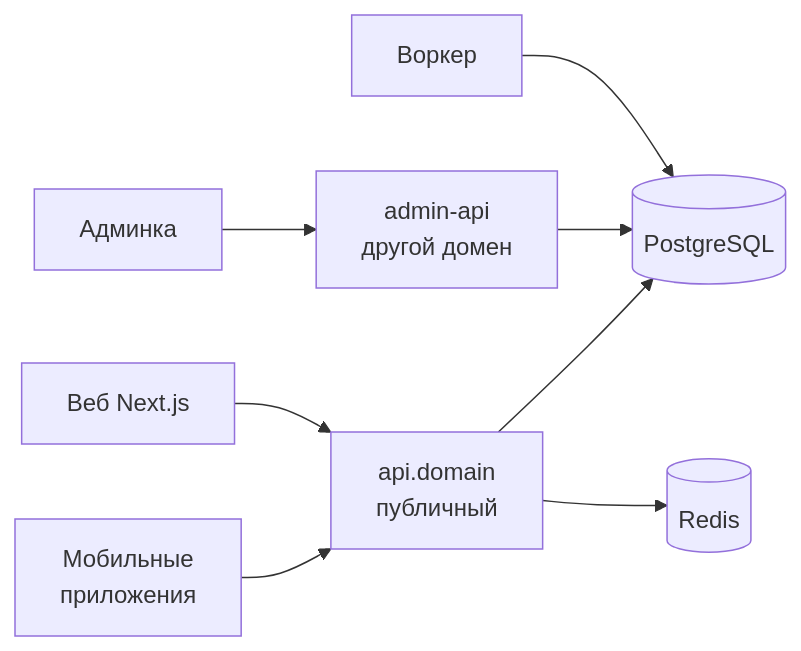
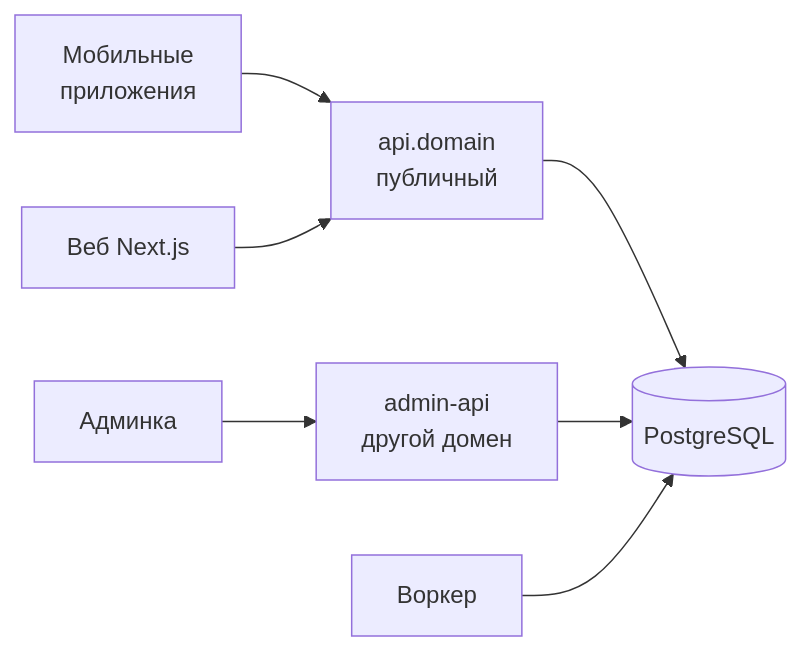
Before and after one commit to A-mi13/wf-all: the fifth of 6 diagrams in docs/00-полный-документ.md, drawn with Mermaid. The commit also changed other lines of this file and 1 other file, not shown here.

Commit message:
docs: очередь и идемпотентность в Postgres (River), Redis/Valkey вне каркаса

````diff
--- a/docs/00-полный-документ.md
+++ b/docs/00-полный-документ.md
@@ -764,10 +764,9 @@
 ```mermaid
 flowchart LR
   M[Мобильные<br/>приложения] --> G[api.domain<br/>публичный]
   W[Веб Next.js] --> G
   A[Админка] --> AG[admin-api<br/>другой домен]
   G --> DB[(PostgreSQL)]
   AG --> DB
-  G --> R[(Redis)]
   WK[Воркер] --> DB
 ```
````
